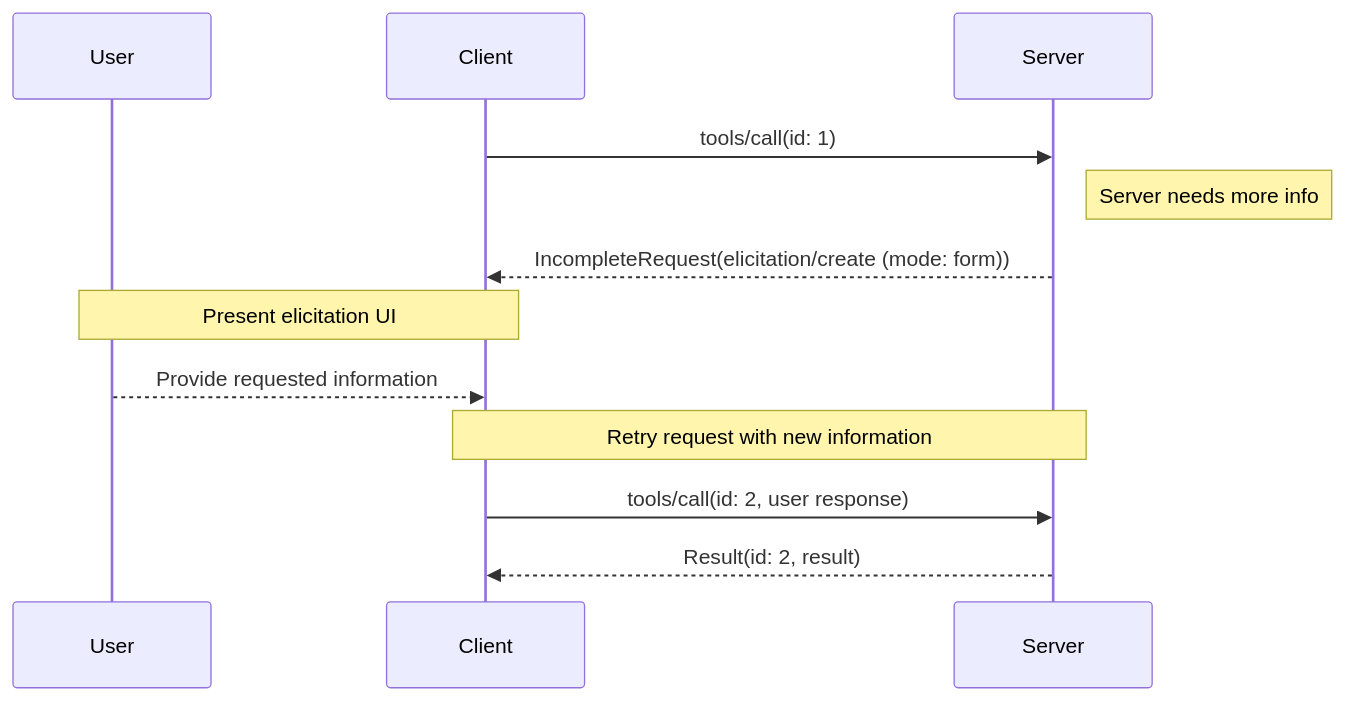
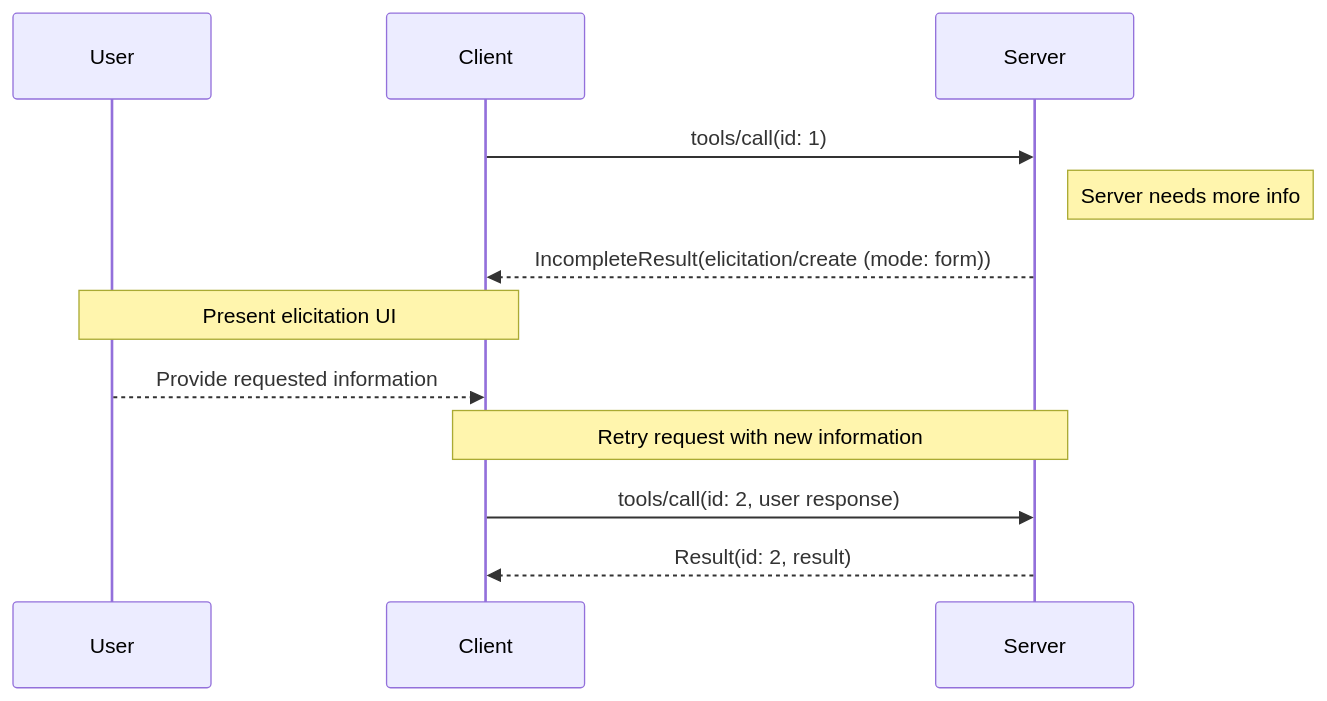
One commit to modelcontextprotocol/modelcontextprotocol changed the first of 3 diagrams in docs/specification/draft/client/elicitation.mdx. Above: the diagram before and after it, drawn with Mermaid. The commit also changed other lines of this file, not shown here.

Commit message:
update URL Mode elicitation flows, remove URLElicitationRequired error.

````diff
--- a/docs/specification/draft/client/elicitation.mdx
+++ b/docs/specification/draft/client/elicitation.mdx
@@ -474,17 +445,17 @@
 ```mermaid
 sequenceDiagram
     participant User
     participant Client
     participant Server
 
     Client->>Server: tools/call(id: 1)
     note right of Server: Server needs more info
-    Server-->>Client: IncompleteRequest(elicitation/create (mode: form))
+    Server-->>Client: IncompleteResult(elicitation/create (mode: form))
 
     Note over User,Client: Present elicitation UI
     User-->>Client: Provide requested information
 
     Note over Server,Client: Retry request with new information
     Client->>Server: tools/call(id: 2, user response)
     Server-->>Client: Result(id: 2, result)
 ```
````
